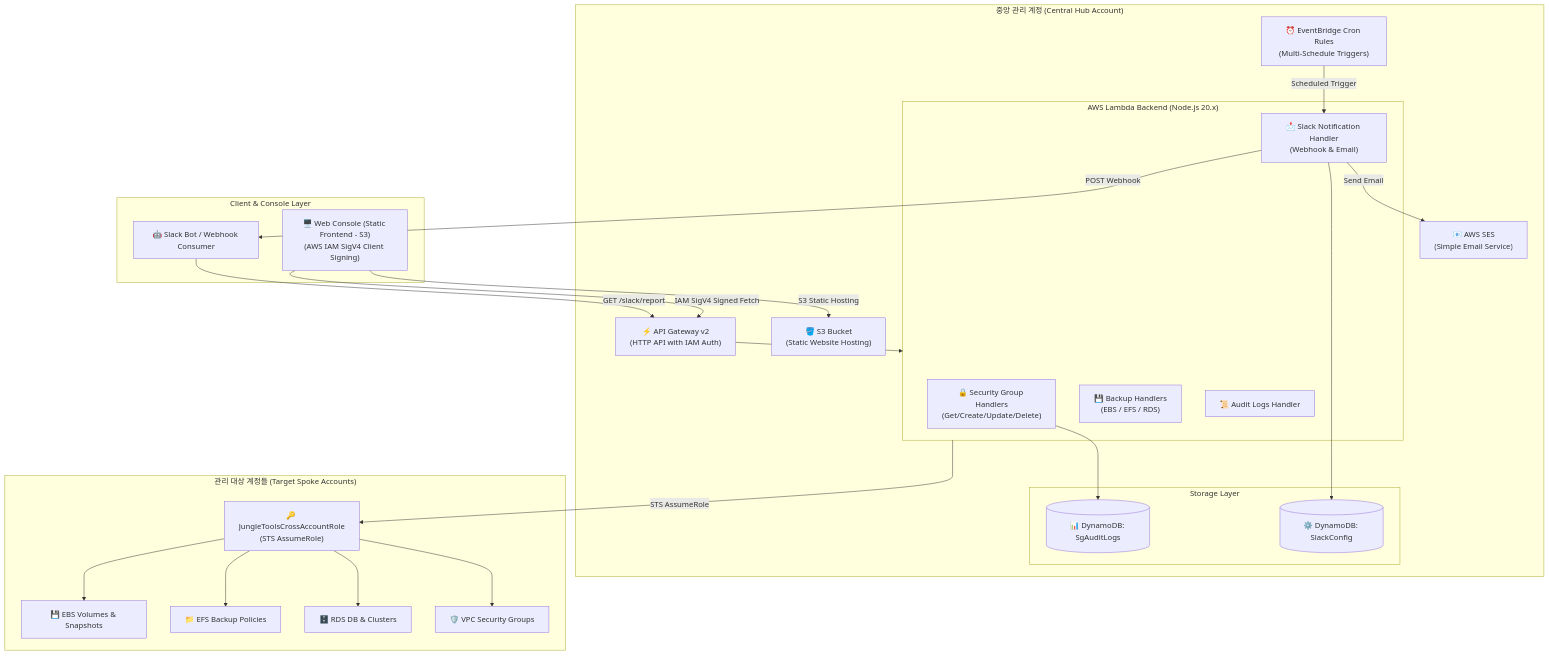
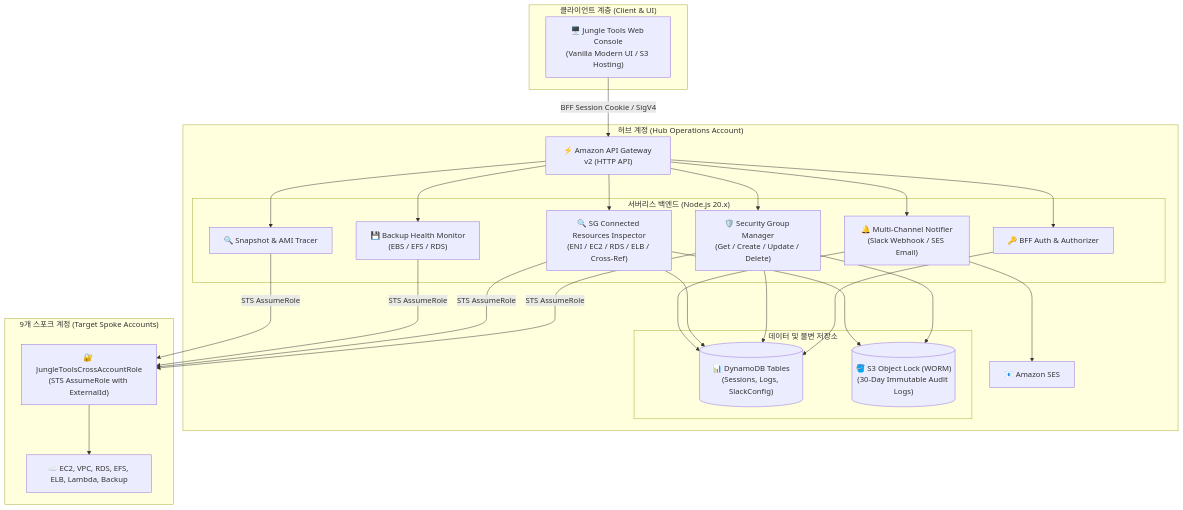
Before and after one commit to keikun80/jungler: the diagram in README.md, drawn with Mermaid. The commit also changed other lines of this file and 16 other files, not shown here.

````diff
--- a/README.md
+++ b/README.md
@@ -84,53 +115,43 @@
 ```mermaid
 flowchart TB
-    subgraph Client ["Client & Console Layer"]
-        Browser["🖥️ Web Console (Static Frontend - S3)<br/>(AWS IAM SigV4 Client Signing)"]
-        SlackBot["🤖 Slack Bot / Webhook Consumer"]
+    subgraph Client ["클라이언트 계층 (Client & UI)"]
+        Browser["🖥️ Jungle Tools Web Console<br/>(Vanilla Modern UI / S3 Hosting)"]
     end
 
-    subgraph HubAccount ["중앙 관리 계정 (Central Hub Account)"]
-        S3["🪣 S3 Bucket<br/>(Static Website Hosting)"]
-        APIGW["⚡ API Gateway v2<br/>(HTTP API with IAM Auth)"]
+    subgraph Hub ["허브 계정 (Hub Operations Account)"]
+        APIGW["⚡ Amazon API Gateway v2 (HTTP API)"]
         
-        subgraph Lambdas ["AWS Lambda Backend (Node.js 20.x)"]
-            SG_Func["🔒 Security Group Handlers<br/>(Get/Create/Update/Delete)"]
-            Backup_Func["💾 Backup Handlers<br/>(EBS / EFS / RDS)"]
-            Slack_Func["📩 Slack Notification Handler<br/>(Webhook & Email)"]
-            Audit_Func["📜 Audit Logs Handler"]
+        subgraph Lambdas ["서버리스 백엔드 (Node.js 20.x)"]
+            Auth["🔑 BFF Auth & Authorizer"]
+            SG["🛡️ Security Group Manager<br/>(Get / Create / Update / Delete)"]
+            SGRes["🔍 SG Connected Resources Inspector<br/>(ENI / EC2 / RDS / ELB / Cross-Ref)"]
+            Backup["💾 Backup Health Monitor<br/>(EBS / EFS / RDS)"]
+            Tracer["🔍 Snapshot & AMI Tracer"]
+            Noti["🔔 Multi-Channel Notifier<br/>(Slack Webhook / SES Email)"]
         end
 
-        subgraph Storage ["Storage Layer"]
-            AuditDB[("📊 DynamoDB: SgAuditLogs")]
-            SlackDB[("⚙️ DynamoDB: SlackConfig")]
+        subgraph Storage ["데이터 및 불변 저장소"]
+            DDB[("📊 DynamoDB Tables<br/>(Sessions, Logs, SlackConfig)")]
+            S3WORM[("🪣 S3 Object Lock (WORM)<br/>(30-Day Immutable Audit Logs)")]
         end
 
-        SES["📧 AWS SES<br/>(Simple Email Service)"]
-        EventBridge["⏰ EventBridge Cron Rules<br/>(Multi-Schedule Triggers)"]
+        SES["📧 Amazon SES"]
     end
 
-    subgraph SpokeAccounts ["관리 대상 계정들 (Target Spoke Accounts)"]
-        SpokeRole["🔑 JungleToolsCrossAccountRole<br/>(STS AssumeRole)"]
-        EBS["💾 EBS Volumes & Snapshots"]
-        EFS["📁 EFS Backup Policies"]
-        RDS["🗄️ RDS DB & Clusters"]
-        SG["🛡️ VPC Security Groups"]
+    subgraph Spokes ["9개 스포크 계정 (Target Spoke Accounts)"]
+        SpokeIAM["🔐 JungleToolsCrossAccountRole<br/>(STS AssumeRole with ExternalId)"]
+        Resources["☁️ EC2, VPC, RDS, EFS, ELB, Lambda, Backup"]
     end
 
-    Browser -->|S3 Static Hosting| S3
-    Browser -->|IAM SigV4 Signed Fetch| APIGW
-    SlackBot -->|GET /slack/report| APIGW
-    
-    APIGW --> Lambdas
-    EventBridge -->|Scheduled Trigger| Slack_Func
+    Browser -->|BFF Session Cookie / SigV4| APIGW
+    APIGW --> Auth
+    APIGW --> SG & SGRes & Backup & Tracer & Noti
 
-    SG_Func --> AuditDB
-    Slack_Func --> SlackDB
-    Slack_Func -->|Send Email| SES
-    Slack_Func -->|POST Webhook| SlackBot
+    Auth --> DDB
+    SG & SGRes --> DDB & S3WORM
+    Noti --> DDB
+    Noti --> SES
 
-    Lambdas -->|STS AssumeRole| SpokeRole
-    SpokeRole --> EBS
-    SpokeRole --> EFS
-    SpokeRole --> RDS
-    SpokeRole --> SG
+    SG & SGRes & Backup & Tracer -->|STS AssumeRole| SpokeIAM
+    SpokeIAM --> Resources
 ```
````
